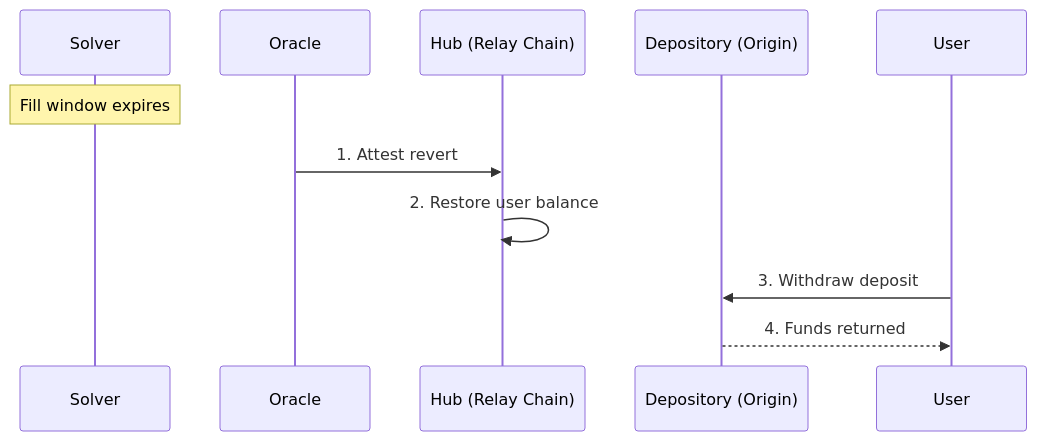
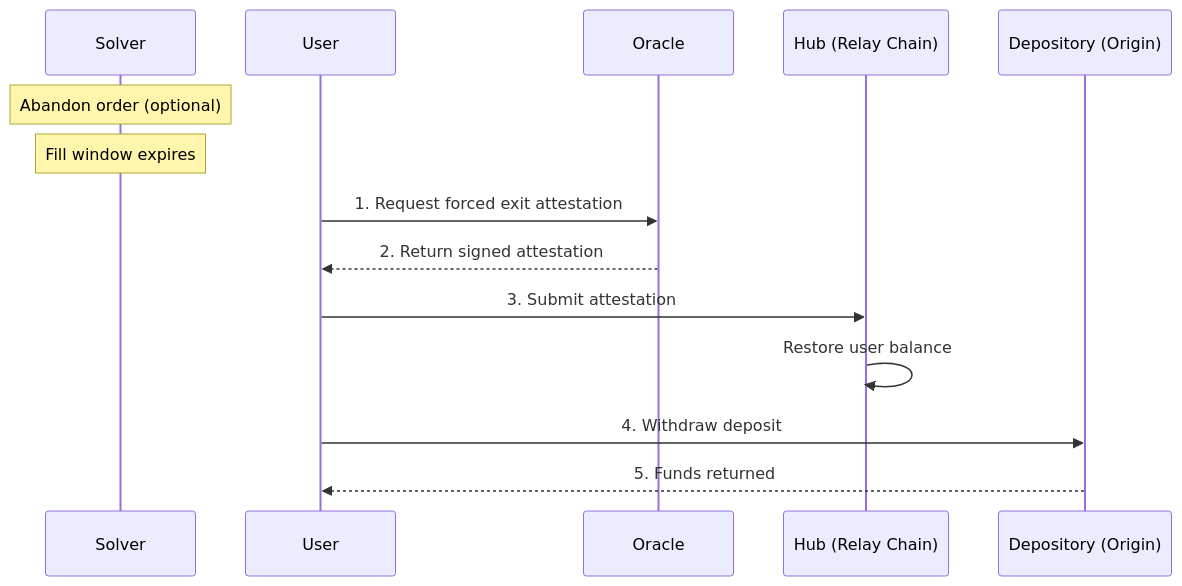
The sixth of 6 diagrams in references/protocol/how-it-works.mdx (relayprotocol/relay-docs), drawn with Mermaid before and after one commit. The commit also changed other lines of this file and 5 other files, not shown here.

First line of the commit message:
Rewrite protocol flows: pull-based Oracle, refund/forced exit, withdrawal updates

````diff
--- a/references/protocol/how-it-works.mdx
+++ b/references/protocol/how-it-works.mdx
@@ -161,14 +216,17 @@
 ```mermaid
 sequenceDiagram
     participant Solver
+    participant User
     participant Oracle
     participant Hub as Hub (Relay Chain)
     participant Depository as Depository (Origin)
-    participant User
 
+    Note over Solver: Abandon order (optional)
     Note over Solver: Fill window expires
-    Oracle->>Hub: 1. Attest revert
-    Hub->>Hub: 2. Restore user balance
-    User->>Depository: 3. Withdraw deposit
-    Depository-->>User: 4. Funds returned
+    User->>Oracle: 1. Request forced exit attestation
+    Oracle-->>User: 2. Return signed attestation
+    User->>Hub: 3. Submit attestation
+    Hub->>Hub: Restore user balance
+    User->>Depository: 4. Withdraw deposit
+    Depository-->>User: 5. Funds returned
 ```
````
